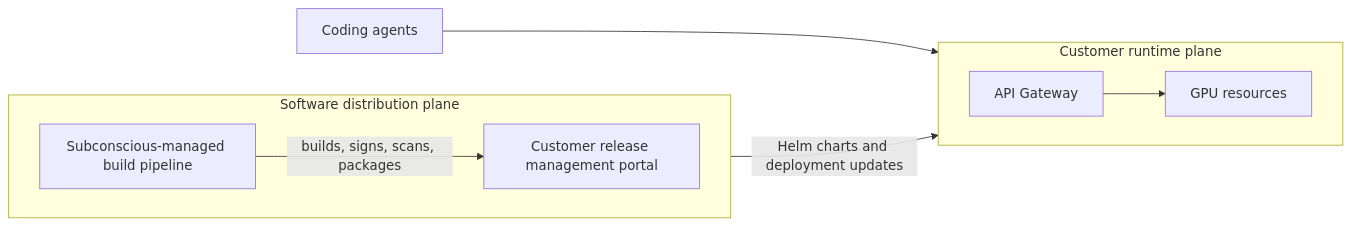
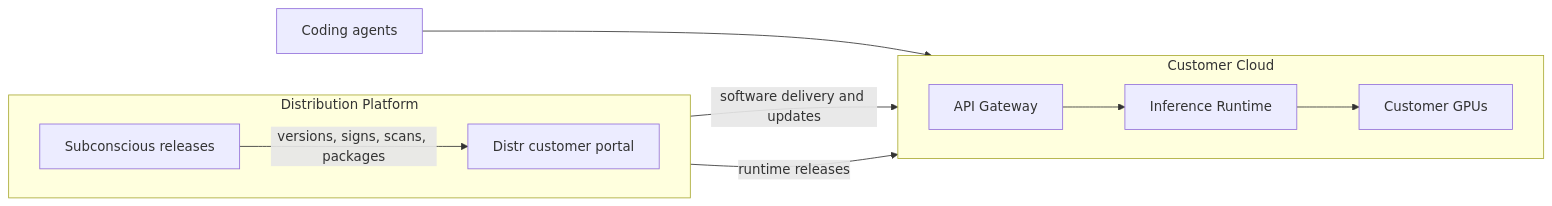
One commit to subconscious-systems/subconscious-docs changed the diagram in on-prem/how-it-works.mdx. Above: the diagram before and after it, drawn with Mermaid. The commit also changed other lines of this file and 12 other files, not shown here.

````diff
--- a/on-prem/how-it-works.mdx
+++ b/on-prem/how-it-works.mdx
@@ -13,21 +14,24 @@
 ```mermaid
 flowchart LR
-  subgraph subconscious["Software distribution plane"]
+  subgraph distribution["Distribution Platform"]
     direction LR
-    build["Subconscious-managed build pipeline"]
-    portal["Customer release management portal"]
-    build -->|"builds, signs, scans, packages"| portal
+    releases["Subconscious releases"]
+    distr["Distr customer portal"]
+    releases -->|"versions, signs, scans, packages"| distr
   end
 
   codingAgents["Coding agents"]
 
-  subgraph customer["Customer runtime plane"]
+  subgraph customer["Customer Cloud"]
     direction LR
     gateway["API Gateway"]
-    gpu["GPU resources"]
-    gateway --> gpu
+    runtime["Inference Runtime"]
+    gpus["Customer GPUs"]
+    gateway --> runtime
+    runtime --> gpus
   end
 
   codingAgents --> gateway
-  portal -->|"Helm charts and deployment updates"| gateway
+  distr -->|"software delivery and updates"| gateway
+  distr -->|"runtime releases"| runtime
 ```
````
